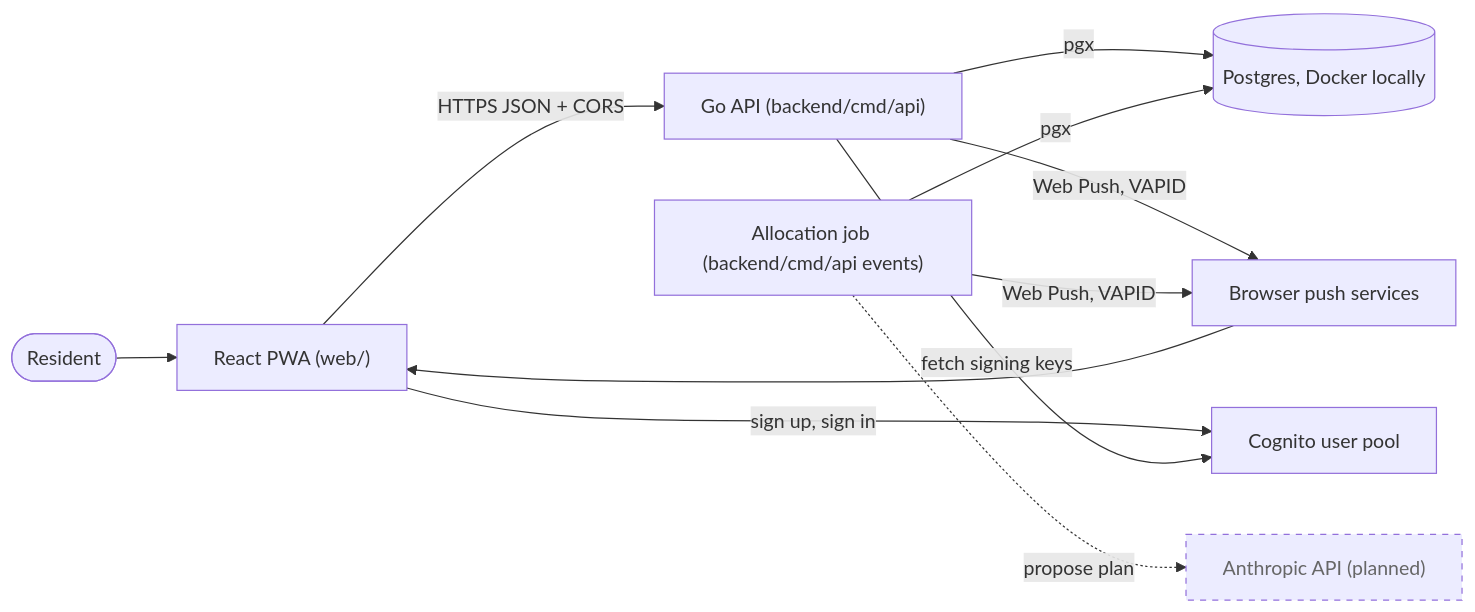
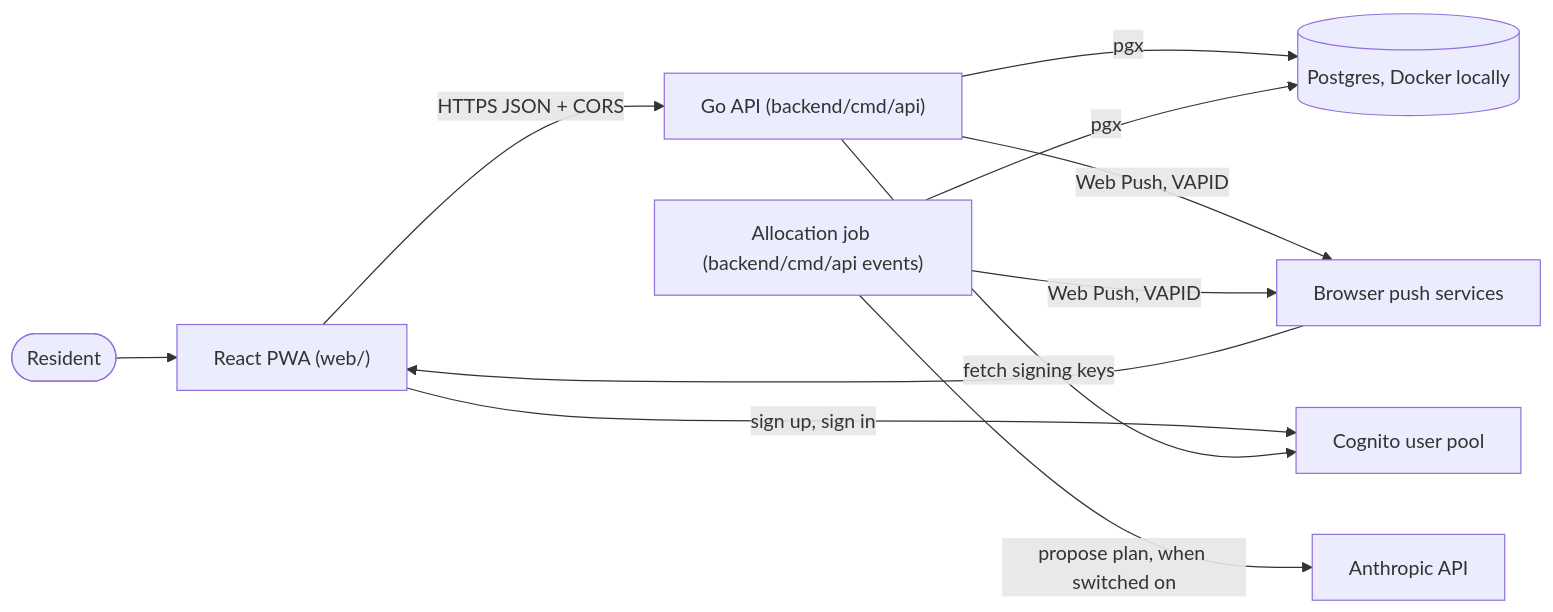
Before and after one commit to AbnerWillclefy/Homeowner: the second of 2 diagrams in docs/architecture/system-context.md, drawn with Mermaid. The commit also changed other lines of this file and 4 other files, not shown here.

Commit message:
docs(architecture): describe the llm allocator, its cap and its switch (#26)

````diff
--- a/docs/architecture/system-context.md
+++ b/docs/architecture/system-context.md
@@ -30,25 +30,22 @@
 ```mermaid
 flowchart LR
     R([Resident])
     PWA["React PWA (web/)"]
     API["Go API (backend/cmd/api)"]
     DB[("Postgres, Docker locally")]
     ALLOC["Allocation job (backend/cmd/api events)"]
     COG["Cognito user pool"]
-    LLM["Anthropic API (planned)"]
+    LLM["Anthropic API"]
     PUSH["Browser push services"]
 
     R --> PWA
     PWA -->|HTTPS JSON + CORS| API
     API -->|pgx| DB
     API -->|Web Push, VAPID| PUSH
     PUSH --> PWA
     PWA -->|sign up, sign in| COG
     API -->|fetch signing keys| COG
     ALLOC -->|pgx| DB
-    ALLOC -.->|propose plan| LLM
+    ALLOC -->|propose plan, when switched on| LLM
     ALLOC -->|Web Push, VAPID| PUSH
-
-    classDef planned stroke-dasharray: 5 5,color:#666
-    class LLM planned
 ```
````
